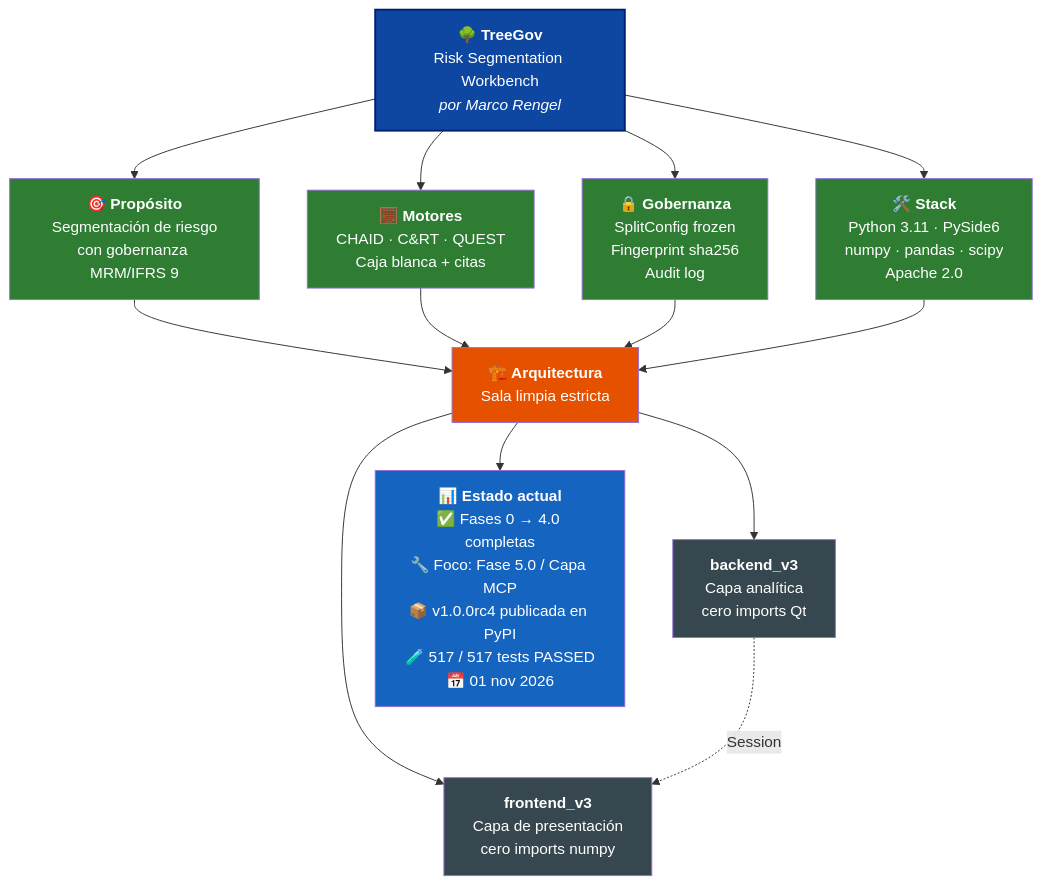
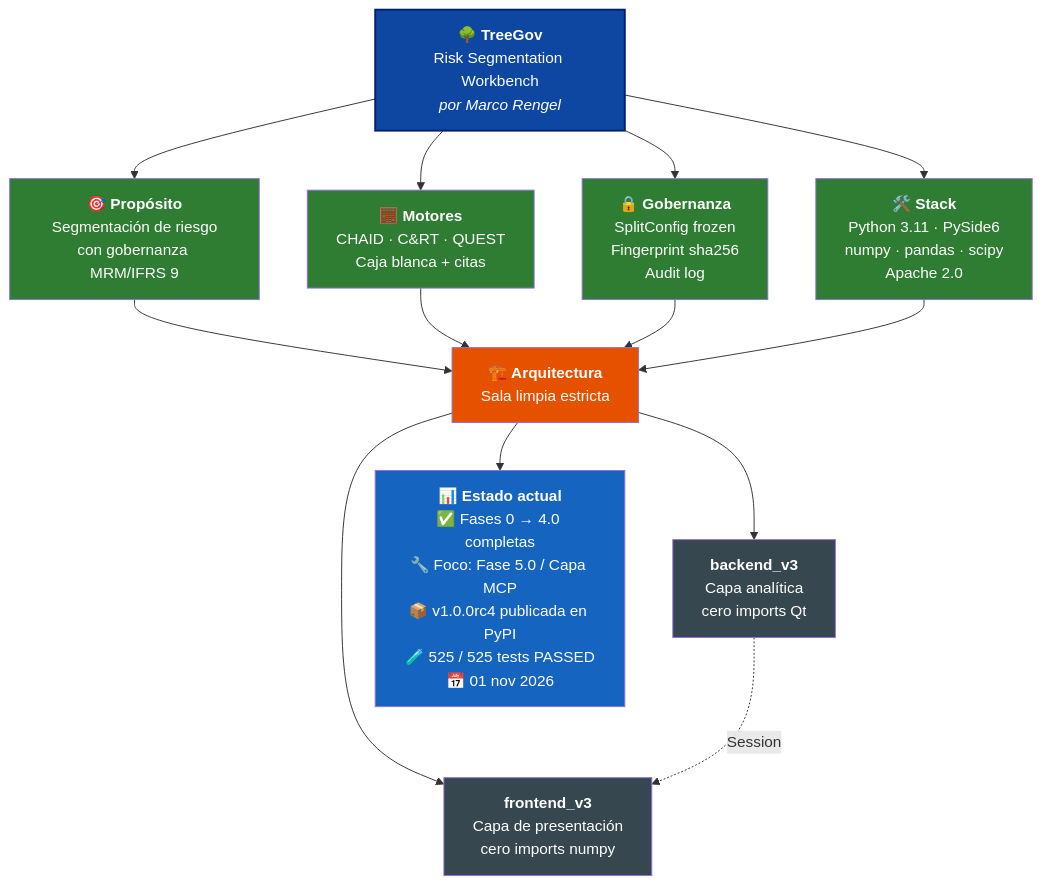
Before and after one commit to Marco-Rengel/treegov: the diagram in README.es.md, drawn with Mermaid. The commit also changed other lines of this file and 14 other files, not shown here.

Commit message:
feat(mcp): add E2E parity tests and fix CHAID exporters (5.0.c)

````diff
--- a/README.es.md
+++ b/README.es.md
@@ -38,31 +38,31 @@
 ```mermaid
 flowchart TB
     TG["<b>🌳 TreeGov</b><br/>Risk Segmentation Workbench<br/><i>por Marco Rengel</i>"]
 
     TG --> P["<b>🎯 Propósito</b><br/>Segmentación de riesgo<br/>con gobernanza MRM/IFRS 9"]
     TG --> M["<b>🧮 Motores</b><br/>CHAID · C&RT · QUEST<br/>Caja blanca + citas"]
     TG --> G["<b>🔒 Gobernanza</b><br/>SplitConfig frozen<br/>Fingerprint sha256<br/>Audit log"]
     TG --> S["<b>🛠️ Stack</b><br/>Python 3.11 · PySide6<br/>numpy · pandas · scipy<br/>Apache 2.0"]
 
     P --> ARQ["<b>🏗️ Arquitectura</b><br/>Sala limpia estricta"]
     M --> ARQ
     G --> ARQ
     S --> ARQ
 
     ARQ --> BE["<b>backend_v3</b><br/>Capa analítica<br/>cero imports Qt"]
     ARQ --> FE["<b>frontend_v3</b><br/>Capa de presentación<br/>cero imports numpy"]
 
     BE -.->|Session| FE
 
-    ARQ --> ST["<b>📊 Estado actual</b><br/>✅ Fases 0 → 4.0 completas<br/>🔧 Foco: Fase 5.0 / Capa MCP<br/>📦 v1.0.0rc4 publicada en PyPI<br/>🧪 517 / 517 tests PASSED<br/>📅 01 nov 2026"]
+    ARQ --> ST["<b>📊 Estado actual</b><br/>✅ Fases 0 → 4.0 completas<br/>🔧 Foco: Fase 5.0 / Capa MCP<br/>📦 v1.0.0rc4 publicada en PyPI<br/>🧪 525 / 525 tests PASSED<br/>📅 01 nov 2026"]
 
     style TG fill:#0D47A1,color:#fff,stroke:#002171,stroke-width:2px
     style P fill:#2E7D32,color:#fff
     style M fill:#2E7D32,color:#fff
     style G fill:#2E7D32,color:#fff
     style S fill:#2E7D32,color:#fff
     style ARQ fill:#E65100,color:#fff
     style BE fill:#37474F,color:#fff
     style FE fill:#37474F,color:#fff
     style ST fill:#1565C0,color:#fff
 ```
````
